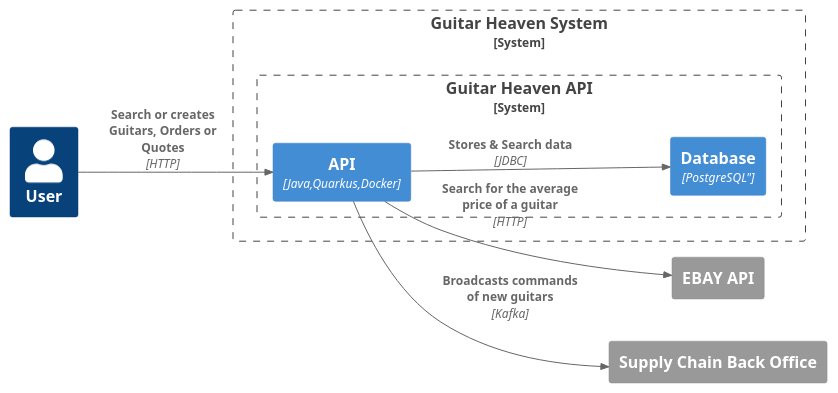
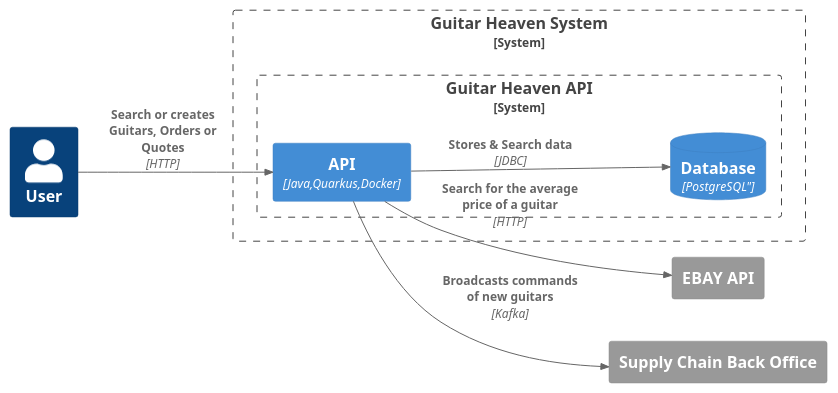
The diagram in docs/diagrams/guitar_heaven_container.puml (alexandre-touret/api-first-workshop), drawn with PlantUML before and after one commit. The commit also changed 1 other file, not shown here.

Commit message:
fix: Diagram Container Database

```diff
--- a/docs/diagrams/guitar_heaven_container.puml
+++ b/docs/diagrams/guitar_heaven_container.puml
@@ -1,28 +1,28 @@
 @startuml container
 !include <C4/C4_Container>
 !include <C4/C4_Context>
 
 
 LAYOUT_LEFT_RIGHT()
 HIDE_STEREOTYPE()
 
 Person(user, "User")
 
 System_Boundary(guitarHeavenSystem, "Guitar Heaven System") {
     System_Boundary(guitarHeavenCoreSystem,"Guitar Heaven API","Provides an API to manage Guitar stock, Orders & Quotes"){
         Container(api,"API","Java,Quarkus,Docker")
-        Container(database,"Database",PostgreSQL")
+        ContainerDb(database,"Database",PostgreSQL")
 
     }
 
 }
 
 System_Ext(supplierCatalog,"EBAY API")
 System_Ext(supplyChainBackOffice,"Supply Chain Back Office")
 
 Rel(user,api,"Search or creates Guitars, Orders or Quotes","HTTP")
 Rel(api,database,"Stores & Search data","JDBC")
 Rel(api,supplierCatalog,"Search for the average price of a guitar","HTTP")
 Rel(api,supplyChainBackOffice,"Broadcasts commands of new guitars","Kafka")
 
 @enduml
```
